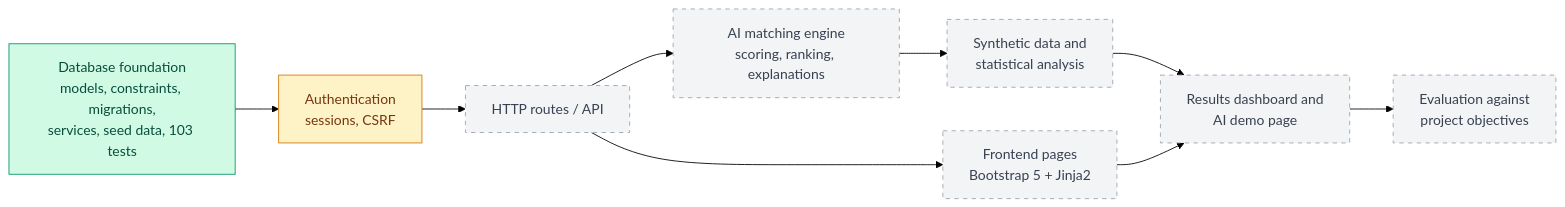
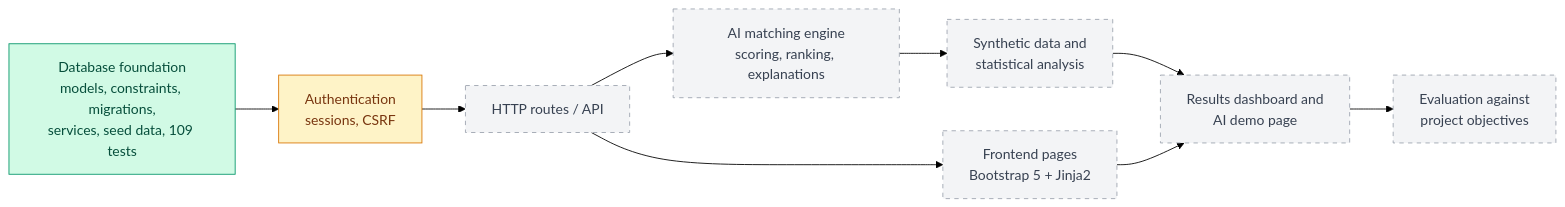
Before and after one commit to elnoon2/wnesny: the diagram in docs/roadmap.md, drawn with Mermaid (forest theme). The commit also changed 29 other files, not shown here.

````diff
--- a/docs/roadmap.md
+++ b/docs/roadmap.md
@@ -5,20 +5,20 @@
 ```mermaid
 flowchart LR
-    A["Database foundation<br/>models, constraints, migrations,<br/>services, seed data, 103 tests"]:::done
+    A["Database foundation<br/>models, constraints, migrations,<br/>services, seed data, 109 tests"]:::done
     B["Authentication<br/>sessions, CSRF"]:::next
     C["HTTP routes / API"]:::planned
     D["Frontend pages<br/>Bootstrap 5 + Jinja2"]:::planned
     E["AI matching engine<br/>scoring, ranking, explanations"]:::planned
     F["Synthetic data and<br/>statistical analysis"]:::planned
     G["Results dashboard and<br/>AI demo page"]:::planned
     H["Evaluation against<br/>project objectives"]:::planned
 
     A --> B --> C --> D
     C --> E
     E --> F --> G --> H
     D --> G
 
     classDef done fill:#d1fae5,stroke:#059669,color:#064e3b;
     classDef next fill:#fef3c7,stroke:#d97706,color:#78350f;
     classDef planned fill:#f3f4f6,stroke:#9ca3af,color:#374151,stroke-dasharray: 5 5;
 ```
````
